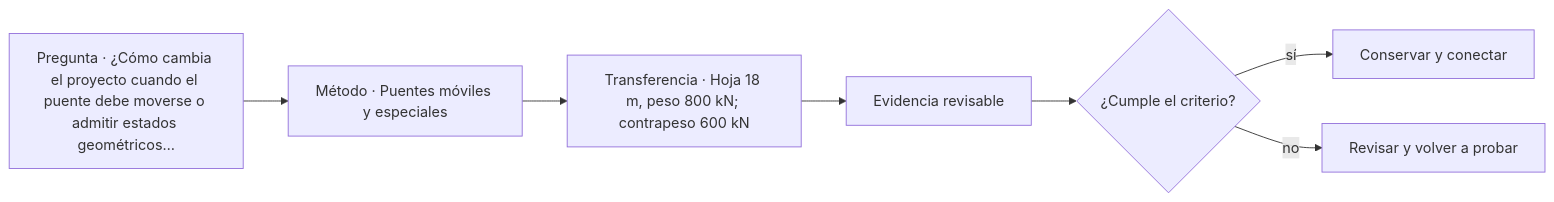
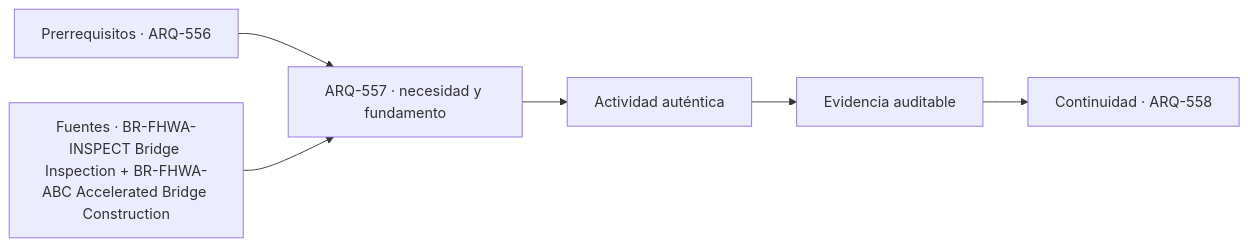
The diagram in classes/parte-56/ARQ-557.md (vladimiracunadev-create/architecture-built-environment-learning-program), drawn with Mermaid before and after one commit. The commit also changed other lines of this file and 761 other files, not shown here.

````diff
--- a/classes/parte-56/ARQ-557.md
+++ b/classes/parte-56/ARQ-557.md
@@ -95,9 +107,8 @@
 ```mermaid
 flowchart LR
-    Q["Pregunta · ¿Cómo cambia el proyecto cuando el puente debe moverse o admitir estados geométricos…"] --> M["Método · Puentes móviles y especiales"]
-    M --> P["Transferencia · Hoja 18 m, peso 800 kN; contrapeso 600 kN"]
-    P --> E["Evidencia revisable"]
-    E --> C{"¿Cumple el criterio?"}
-    C -->|sí| T["Conservar y conectar"]
-    C -->|no| R["Revisar y volver a probar"]
+    A["Prerrequisitos · ARQ-556"] --> B["ARQ-557 · necesidad y fundamento"]
+    S["Fuentes · BR-FHWA-INSPECT Bridge Inspection + BR-FHWA-ABC Accelerated Bridge Construction"] --> B
+    B --> C["Actividad auténtica"]
+    C --> D["Evidencia auditable"]
+    D --> E["Continuidad · ARQ-558"]
 ```
````
